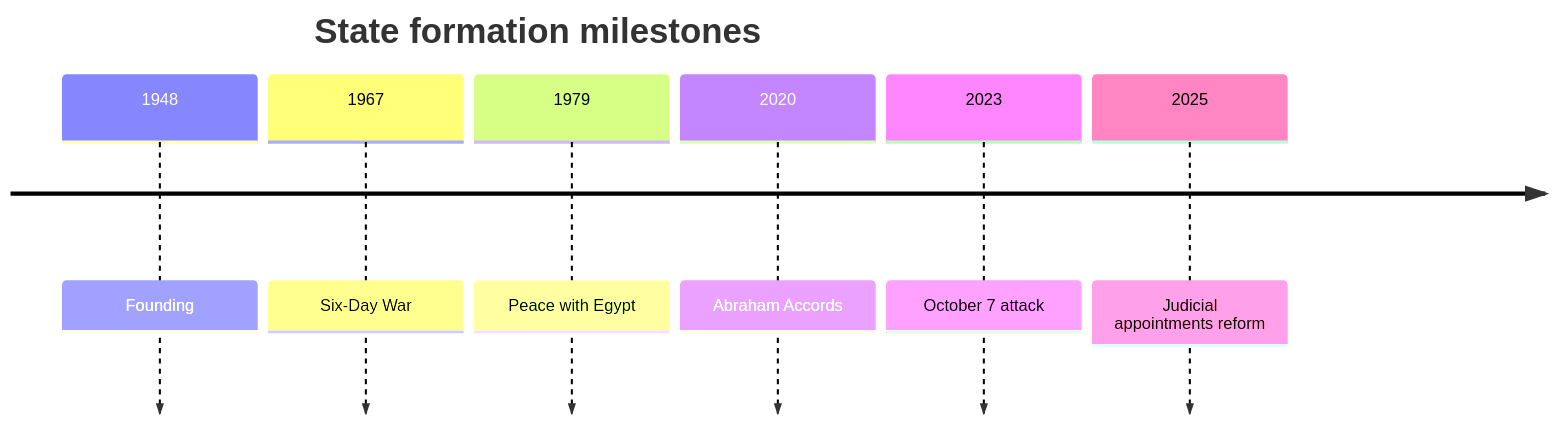
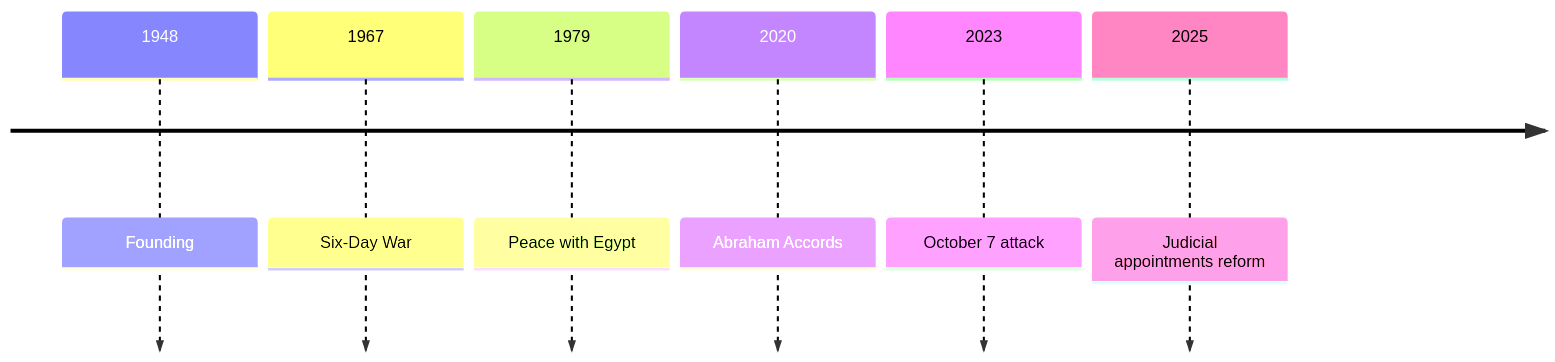
The second of 2 diagrams in articles/report/israel-geopolitical-profile/en/index.mdx (daylight55/research), drawn with Mermaid before and after one commit. The commit also changed other lines of this file and 181 other files, not shown here.

First line of the commit message:
全記事の図解368点を再生成し、共通注意書きを削除 (#402)

````diff
--- a/articles/report/israel-geopolitical-profile/en/index.mdx
+++ b/articles/report/israel-geopolitical-profile/en/index.mdx
@@ -52,10 +59,13 @@
 ```mermaid
 timeline
-  title State formation milestones
+  accTitle: Israel's formation, occupation, peace and recent crises
+  accDescr: The chronology covers state formation, territorial change, peace and normalization, and the crisis since 2023.
+  accTitle: Israel's formation, occupation, peace and recent crises
+  accDescr: The chronology covers state formation, territorial change, peace and normalization, and the crisis since 2023.
   1948 : Founding
   1967 : Six-Day War
   1979 : Peace with Egypt
   2020 : Abraham Accords
   2023 : October 7 attack
   2025 : Judicial appointments reform
 ```
````
